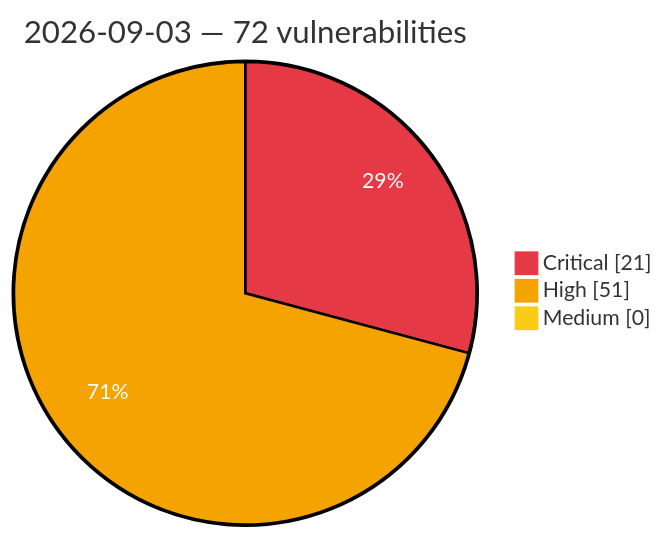
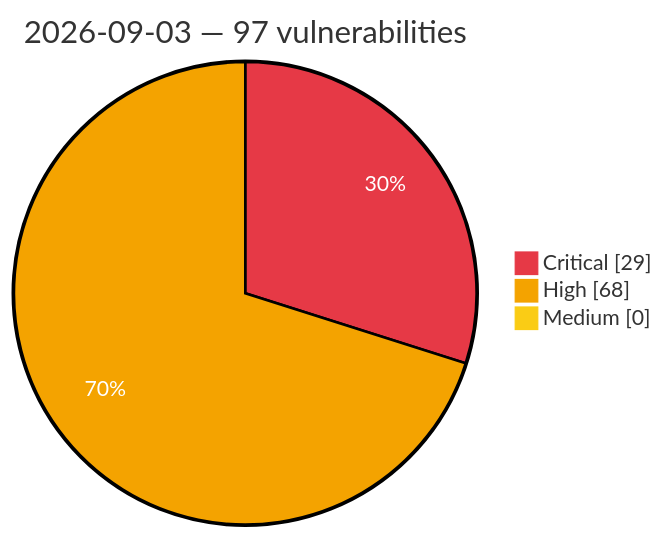
The diagram in vulnerabilities/2026/September/2026-09-03.md (GhostX0X/vuln-tracker), drawn with Mermaid before and after one commit. The commit also changed other lines of this file and 5 other files, not shown here.

Commit message:
Auto update: critical/high vulns (2026-09-04 00:45 UTC)

````diff
--- a/vulnerabilities/2026/September/2026-09-03.md
+++ b/vulnerabilities/2026/September/2026-09-03.md
@@ -3,8 +3,8 @@
 ```mermaid
 %%{init: {'theme':'base', 'themeVariables': {'pie1':'#e63946', 'pie2':'#f4a300', 'pie3':'#facc15', 'pieOpacity':'1', 'pieOuterStrokeWidth':'2px', 'pieSectionTextColor':'#ffffff'}}}%%
 pie showData
-    title 2026-09-03 — 72 vulnerabilities
-    "Critical" : 21
-    "High" : 51
+    title 2026-09-03 — 97 vulnerabilities
+    "Critical" : 29
+    "High" : 68
     "Medium" : 0
 ```
````
